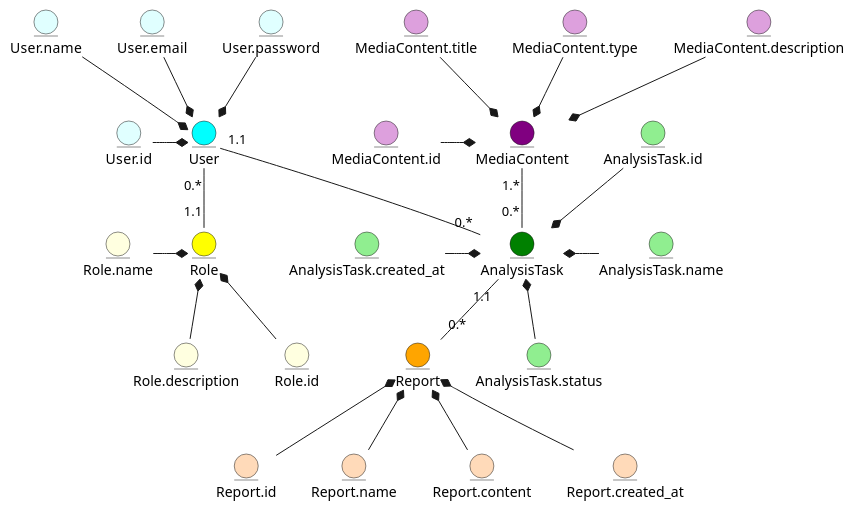
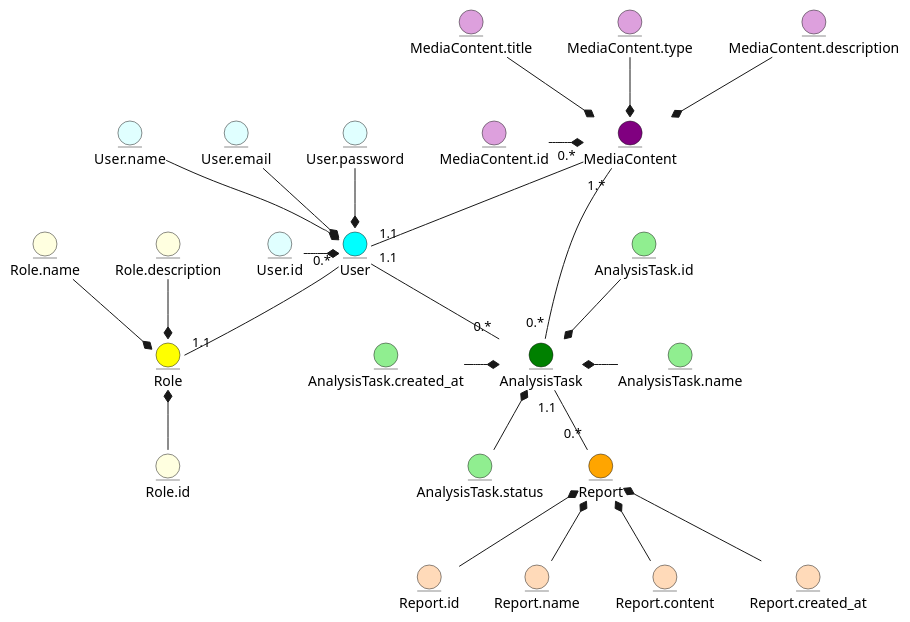
Before and after one commit to zhkcll/lab6: the diagram in docs/design.md, drawn with PlantUML.

````diff
--- a/docs/design.md
+++ b/docs/design.md
@@ -5,64 +5,64 @@
 ```plantuml
 @startuml
 
 entity User #cyan
 entity User.id #lightCyan
 entity User.name #lightCyan
 entity User.email #lightCyan
 entity User.password #lightCyan
 
 User.id -r-* User
 User.name --* User
 User.email --* User
 User.password --* User
 
 entity Role #yellow
 entity Role.name #lightYellow
 entity Role.description #lightYellow
 entity Role.id #lightYellow
 
-Role.name -r-* Role
-Role.description -u-* Role
+Role.name --* Role
+Role.description --* Role
 Role.id -u-* Role
 
 entity MediaContent #purple
 entity MediaContent.id #plum
 entity MediaContent.title #plum
 entity MediaContent.type #plum
 entity MediaContent.description #plum
 
 MediaContent.id -r-* MediaContent
 MediaContent.title --* MediaContent
 MediaContent.type --* MediaContent
 MediaContent.description --* MediaContent
 
 entity AnalysisTask #green
 entity AnalysisTask.id #lightGreen
 entity AnalysisTask.name #lightGreen
 entity AnalysisTask.status #lightGreen
 entity AnalysisTask.created_at #lightGreen
 
 AnalysisTask.id --* AnalysisTask
 AnalysisTask.name -l-* AnalysisTask
 AnalysisTask.status -u-* AnalysisTask
 AnalysisTask.created_at -r-* AnalysisTask
 
 entity Report #orange
 entity Report.id #peachPuff
 entity Report.name #peachPuff
 entity Report.content #peachPuff
 entity Report.created_at #peachPuff
 
 Report.id -u-* Report
 Report.name -u-* Report
 Report.content -u-* Report
 Report.created_at -u-* Report
 
 User "0.*" -- "1.1" Role
 User "1.1" -- "0.*" AnalysisTask
-
+MediaContent "0.*" -- "1.1" User
 MediaContent "1.*" -- "0.*" AnalysisTask
 AnalysisTask "1.1" -- "0.*" Report
 
 @enduml
 ```
````
